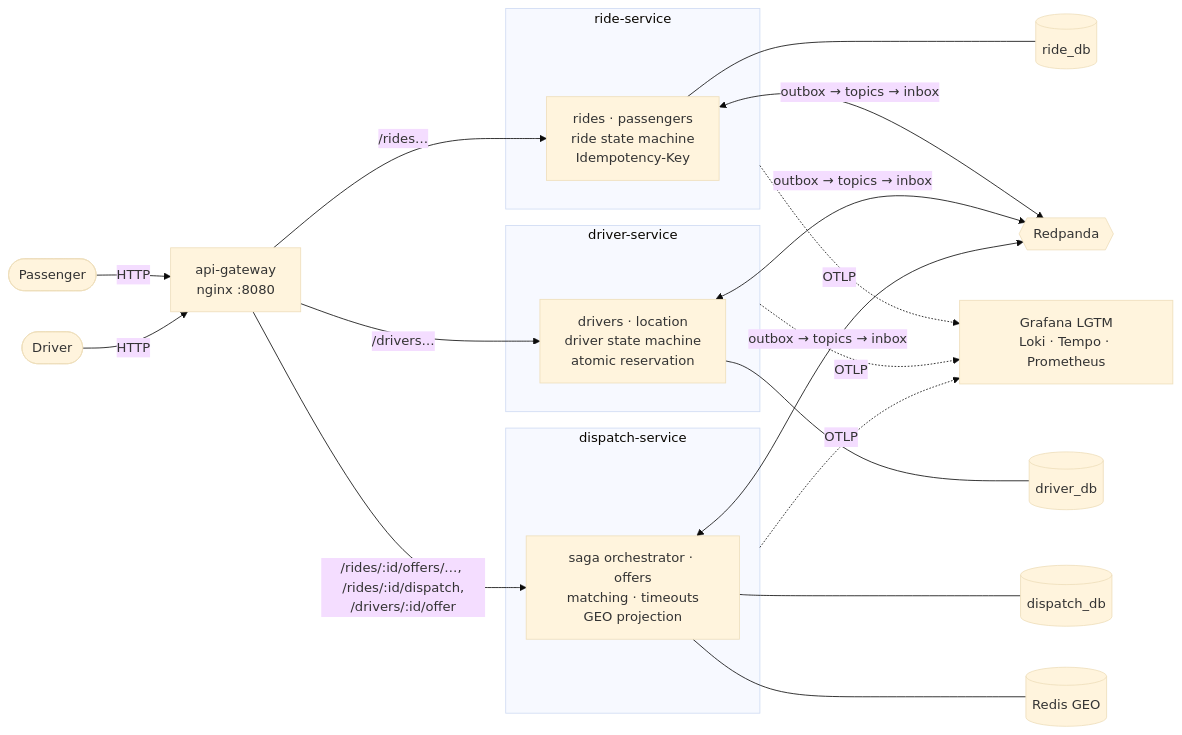
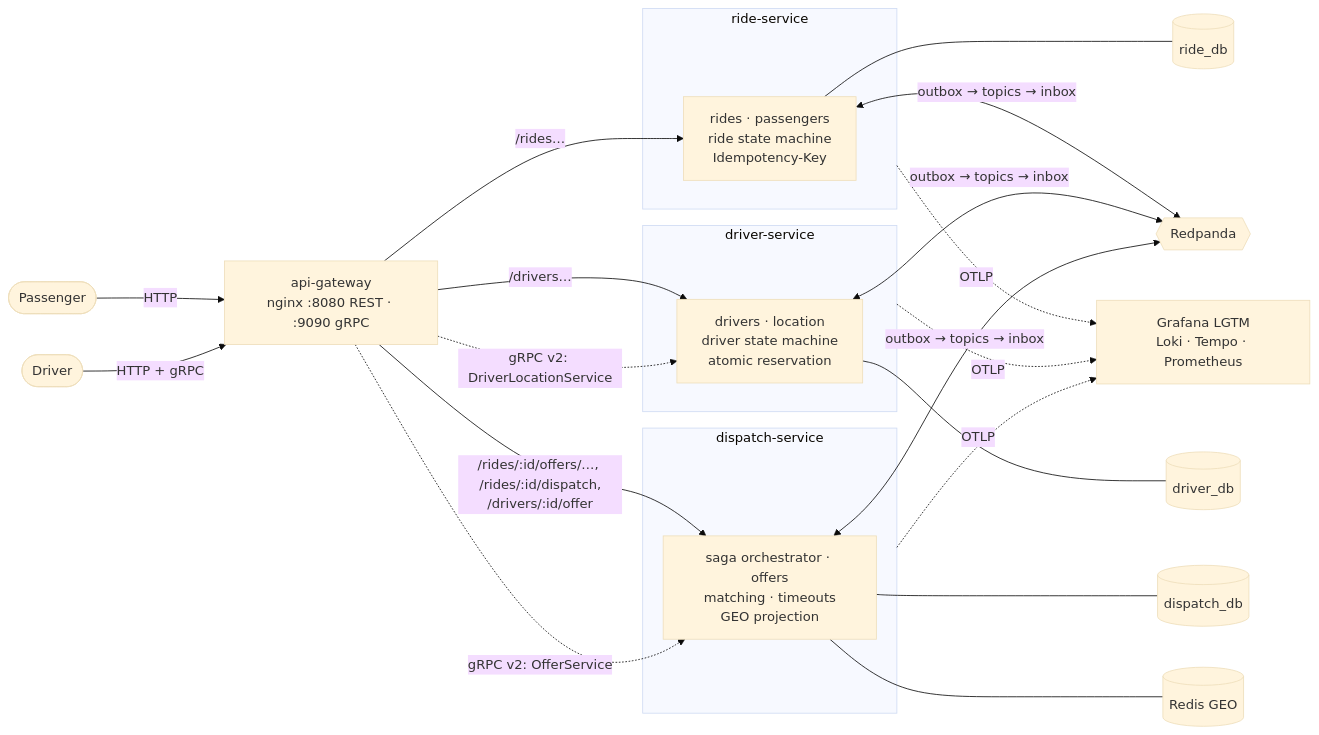
One commit to khoaphan-tw/coding-challenges changed the second of 8 diagrams in coding-challenge-3/kvp/docs/architecture.md. Above: the diagram before and after it, drawn with Mermaid (base theme). The commit also changed other lines of this file and 31 other files, not shown here.

First line of the commit message:
feat: add gRPC API v2 for driver location and offer streams

````diff
--- a/coding-challenge-3/kvp/docs/architecture.md
+++ b/coding-challenge-3/kvp/docs/architecture.md
@@ -57,31 +57,33 @@
 ```mermaid
 flowchart LR
     P([Passenger]) -->|HTTP| GW
-    D([Driver]) -->|HTTP| GW
-    GW["api-gateway<br/>nginx :8080"]
+    D([Driver]) -->|HTTP + gRPC| GW
+    GW["api-gateway<br/>nginx :8080 REST · :9090 gRPC"]
 
     subgraph RS[ride-service]
       RAPI[rides · passengers<br/>ride state machine<br/>Idempotency-Key]
     end
     subgraph DS[driver-service]
       DAPI[drivers · location<br/>driver state machine<br/>atomic reservation]
     end
     subgraph XS[dispatch-service]
       ORCH[saga orchestrator · offers<br/>matching · timeouts<br/>GEO projection]
     end
 
     GW -->|/rides…| RAPI
     GW -->|/drivers…| DAPI
     GW -->|/rides/:id/offers/…, /rides/:id/dispatch,<br/>/drivers/:id/offer| ORCH
+    GW -.gRPC v2: DriverLocationService.-> DAPI
+    GW -.gRPC v2: OfferService.-> ORCH
 
     RAPI --- RDB[(ride_db)]
     DAPI --- DDB[(driver_db)]
     ORCH --- XDB[(dispatch_db)]
     ORCH --- REDIS[(Redis GEO)]
 
     RAPI <-->|outbox → topics → inbox| RP{{Redpanda}}
     DAPI <-->|outbox → topics → inbox| RP
     ORCH <-->|outbox → topics → inbox| RP
 
     RS & DS & XS -.OTLP.-> LGTM["Grafana LGTM<br/>Loki · Tempo · Prometheus"]
 ```
````
